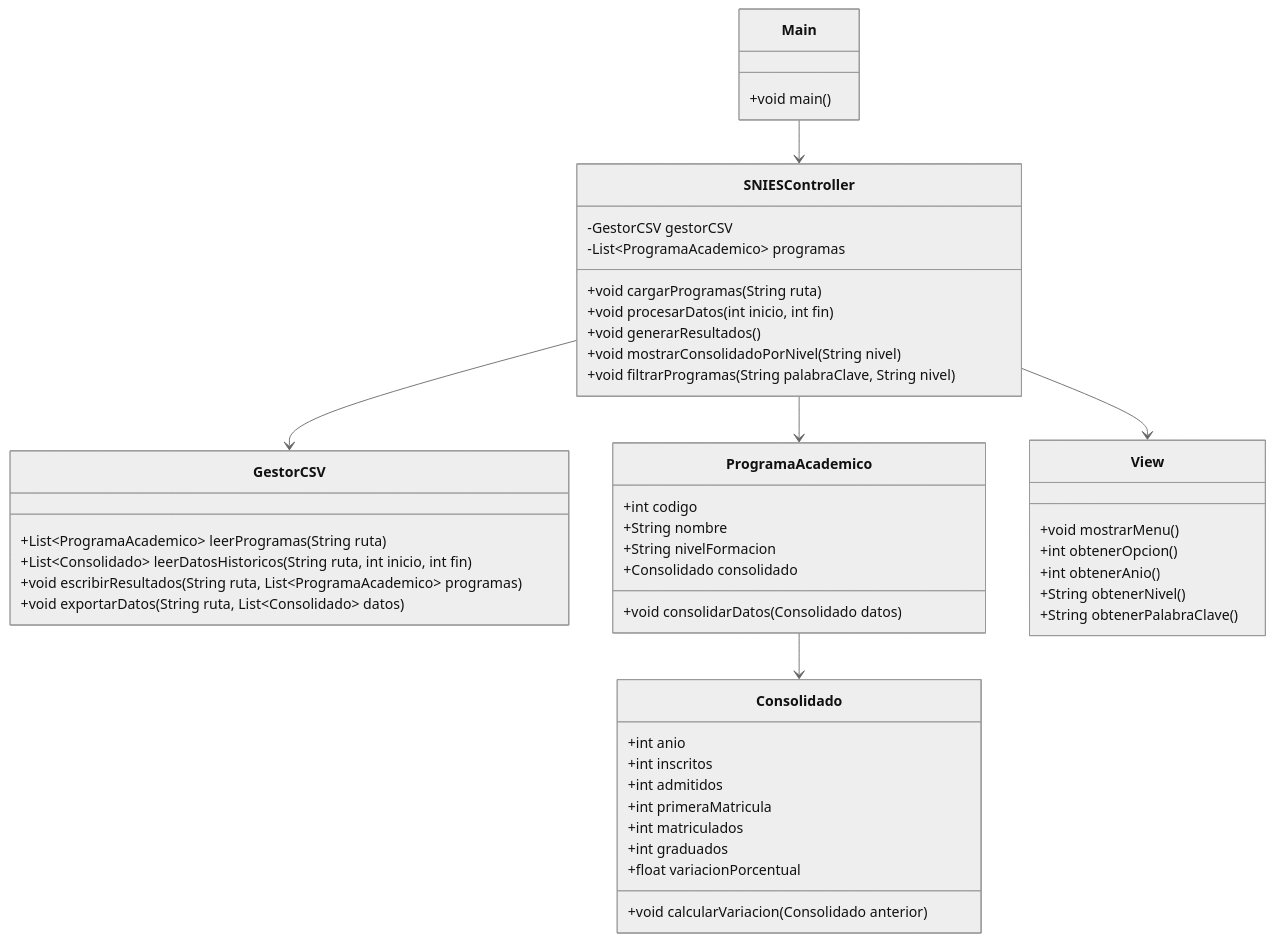
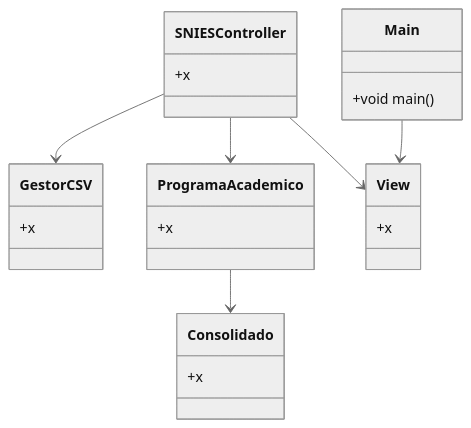
The diagram in prueba.mmd (dacru0605/hola), drawn with Mermaid (neutral theme) before and after one commit.

```diff
--- a/prueba.mmd
+++ b/prueba.mmd
@@ -1,54 +1,30 @@
 classDiagram
     class Main {
         +void main()
     }
 
     class SNIESController {
-        -GestorCSV gestorCSV
-        -List~ProgramaAcademico~ programas
-        +void cargarProgramas(String ruta)
-        +void procesarDatos(int inicio, int fin)
-        +void generarResultados()
-        +void mostrarConsolidadoPorNivel(String nivel)
-        +void filtrarProgramas(String palabraClave, String nivel)
+        +x
     }
 
     class GestorCSV {
-        +List~ProgramaAcademico~ leerProgramas(String ruta)
-        +List~Consolidado~ leerDatosHistoricos(String ruta, int inicio, int fin)
-        +void escribirResultados(String ruta, List~ProgramaAcademico~ programas)
-        +void exportarDatos(String ruta, List~Consolidado~ datos)
+        +x
     }
 
     class ProgramaAcademico {
-        +int codigo
-        +String nombre
-        +String nivelFormacion
-        +Consolidado consolidado
-        +void consolidarDatos(Consolidado datos)
+        +x
     }
 
     class Consolidado {
-        +int anio
-        +int inscritos
-        +int admitidos
-        +int primeraMatricula
-        +int matriculados
-        +int graduados
-        +float variacionPorcentual
-        +void calcularVariacion(Consolidado anterior)
+        +x
     }
 
     class View {
-        +void mostrarMenu()
-        +int obtenerOpcion()
-        +int obtenerAnio()
-        +String obtenerNivel()
-        +String obtenerPalabraClave()
+        +x
     }
 
-    Main --> SNIESController
+    Main --> View
     SNIESController --> GestorCSV
     SNIESController --> ProgramaAcademico
     ProgramaAcademico --> Consolidado
     SNIESController --> View
```
